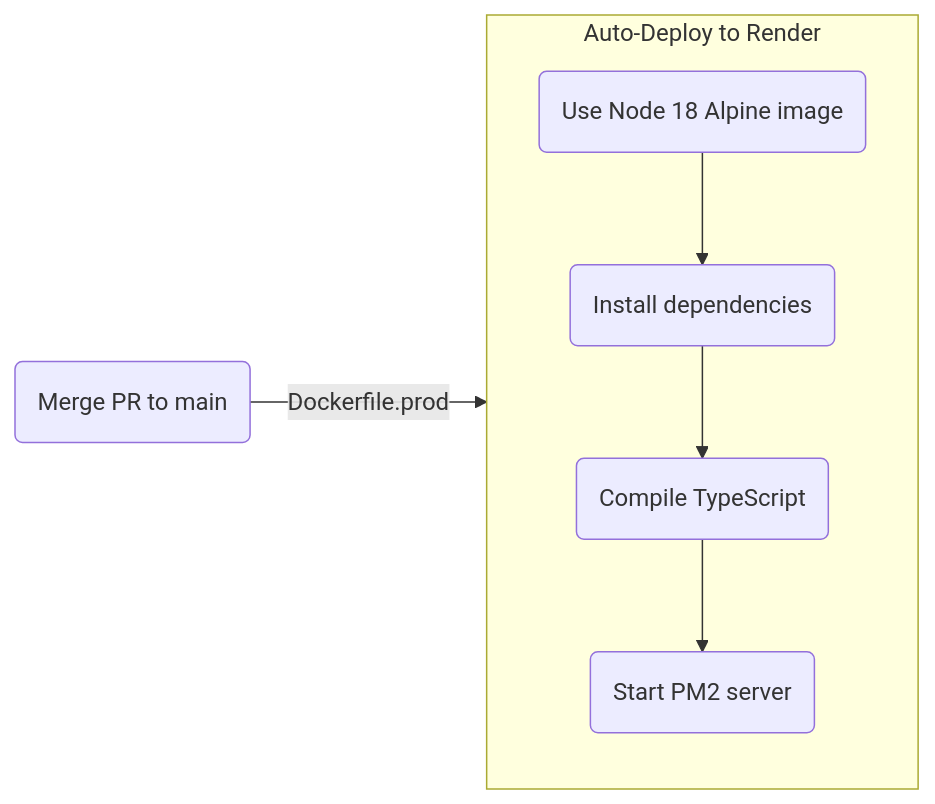
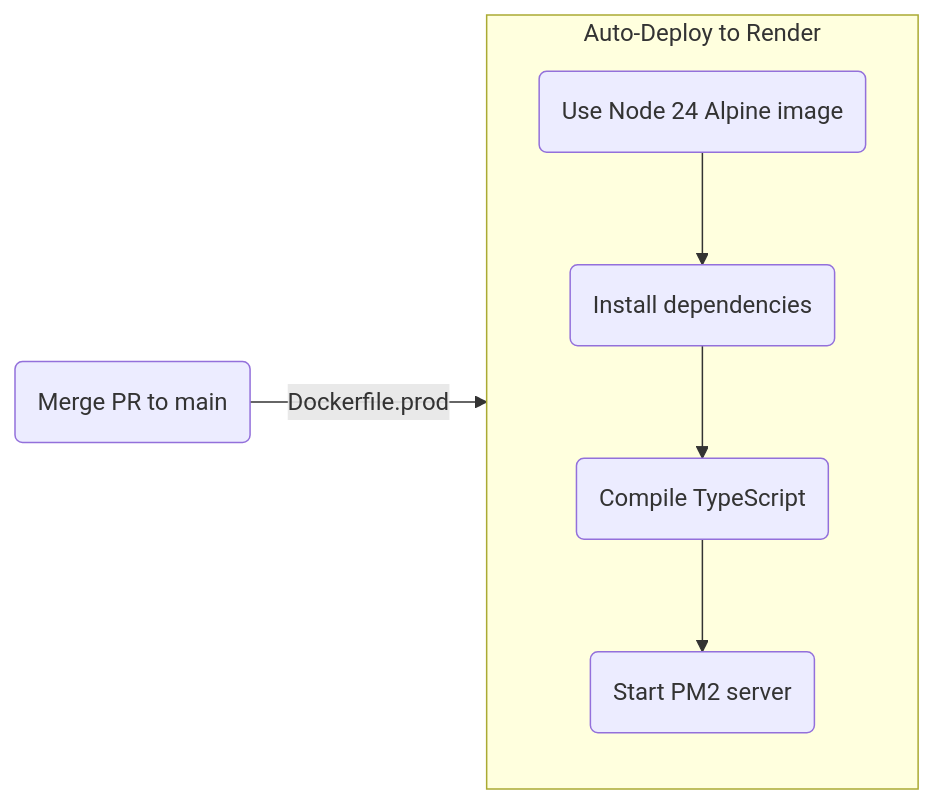
Before and after one commit to Abhiek187/ez-recipes-server: diagram 12 of 12 in README.md, drawn with Mermaid. The commit also changed other lines of this file and 1 other file, not shown here.

Commit message:
Update Node versions

````diff
--- a/README.md
+++ b/README.md
@@ -296,12 +296,12 @@
 ```mermaid
 flowchart LR
 
 A(Merge PR to main) -->|Dockerfile.prod| B(Auto-Deploy to Render)
 
 subgraph B [Auto-Deploy to Render]
 direction TB
-C(Use Node 18 Alpine image) --> D(Install dependencies)
+C(Use Node 24 Alpine image) --> D(Install dependencies)
 D --> E(Compile TypeScript)
 E --> F(Start PM2 server)
 end
 ```
````
